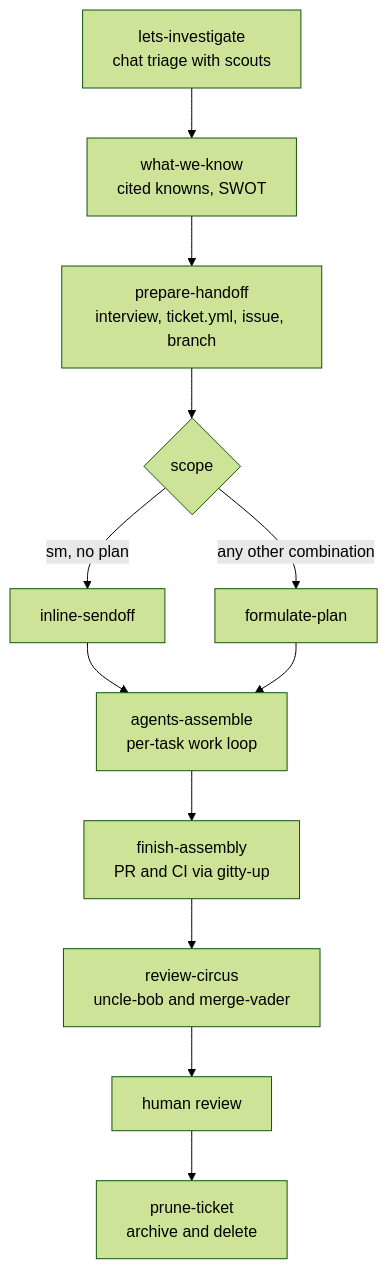
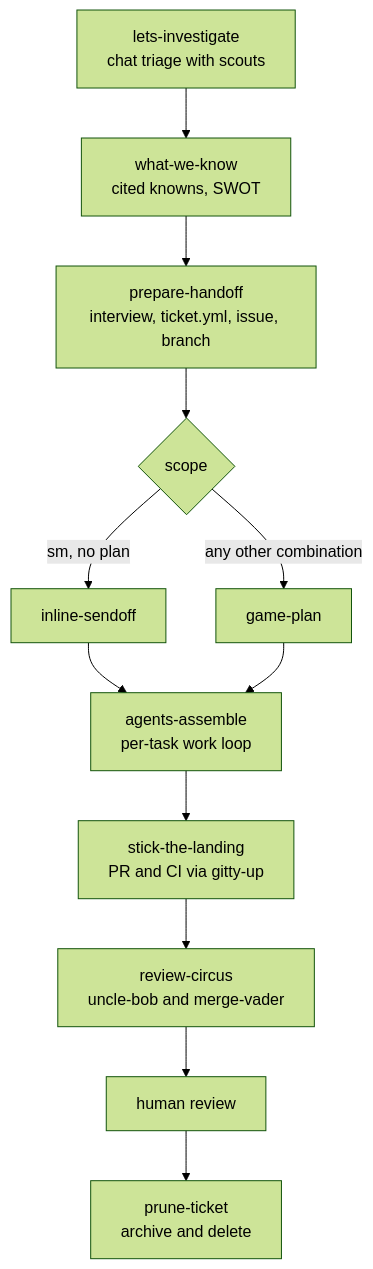
Before and after one commit to rhawk117/rygentic-harness: the diagram in README.md, drawn with Mermaid (forest theme). The commit also changed other lines of this file and 160 other files, not shown here.

````diff
--- a/README.md
+++ b/README.md
@@ -16,14 +36,14 @@
 ```mermaid
 flowchart TD
     A["lets-investigate\nchat triage with scouts"] --> B["what-we-know\ncited knowns, SWOT"]
     B --> C["prepare-handoff\ninterview, ticket.yml, issue, branch"]
     C --> D{scope}
     D -->|"sm, no plan"| E["inline-sendoff"]
-    D -->|"any other combination"| F["formulate-plan"]
+    D -->|"any other combination"| F["game-plan"]
     E --> G["agents-assemble\nper-task work loop"]
     F --> G
-    G --> H["finish-assembly\nPR and CI via gitty-up"]
+    G --> H["stick-the-landing\nPR and CI via gitty-up"]
     H --> I["review-circus\nuncle-bob and merge-vader"]
     I --> J["human review"]
     J --> K["prune-ticket\narchive and delete"]
 ```
````
